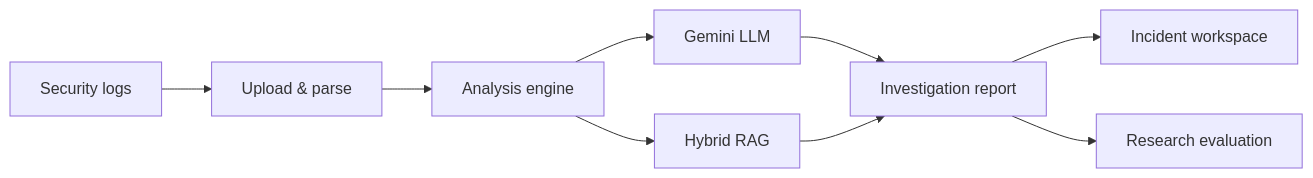
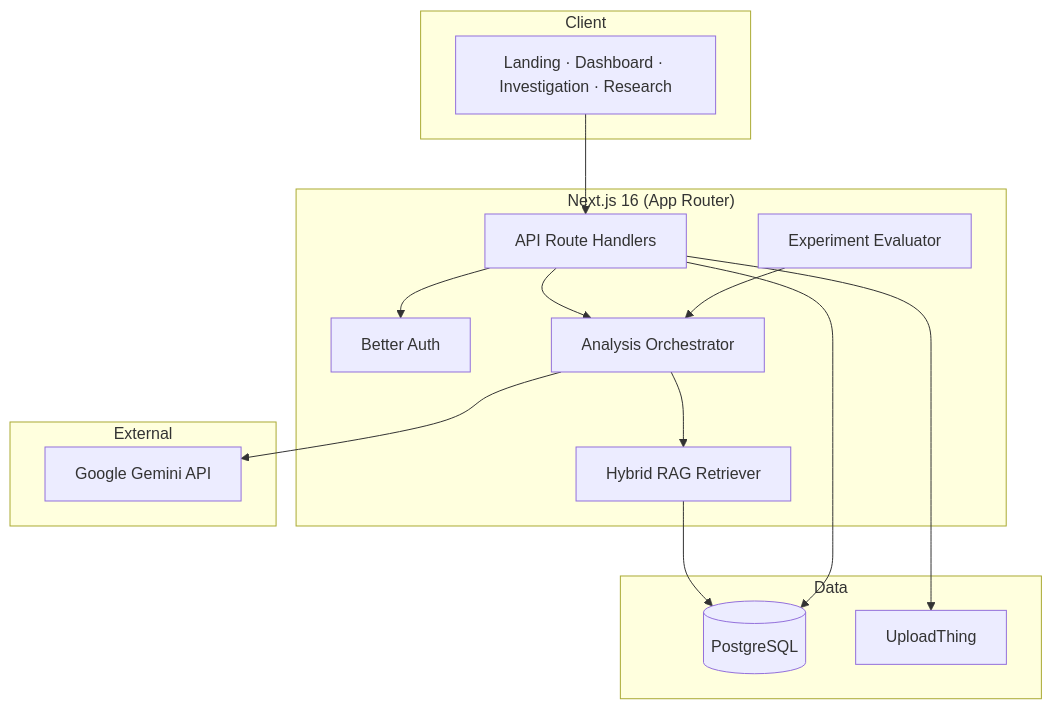
One commit to Zaid-Ahmed-Ansari/Argus changed the diagram in README.md. Above: the diagram before and after it, drawn with Mermaid. The commit also changed other lines of this file and 51 other files, not shown here.

````diff
--- a/README.md
+++ b/README.md
@@ -115,11 +105,33 @@
 ```mermaid
-flowchart LR
-  A[Security logs] --> B[Upload & parse]
-  B --> C[Analysis engine]
-  C --> D[Gemini LLM]
-  C --> E[Hybrid RAG]
-  D --> F[Investigation report]
-  E --> F
-  F --> G[Incident workspace]
-  F --> H[Research evaluation]
+flowchart TB
+  subgraph Client
+    UI[Landing · Dashboard · Investigation · Research]
+  end
+
+  subgraph NextJS["Next.js 16 (App Router)"]
+    API[API Route Handlers]
+    Auth[Better Auth]
+    Orch[Analysis Orchestrator]
+    RAG[Hybrid RAG Retriever]
+    Eval[Experiment Evaluator]
+  end
+
+  subgraph Data
+  PG[(PostgreSQL)]
+  UT[UploadThing]
+  end
+
+  subgraph External
+  Gemini[Google Gemini API]
+  end
+
+  UI --> API
+  API --> Auth
+  API --> Orch
+  Orch --> RAG
+  Orch --> Gemini
+  RAG --> PG
+  API --> PG
+  API --> UT
+  Eval --> Orch
 ```
````
